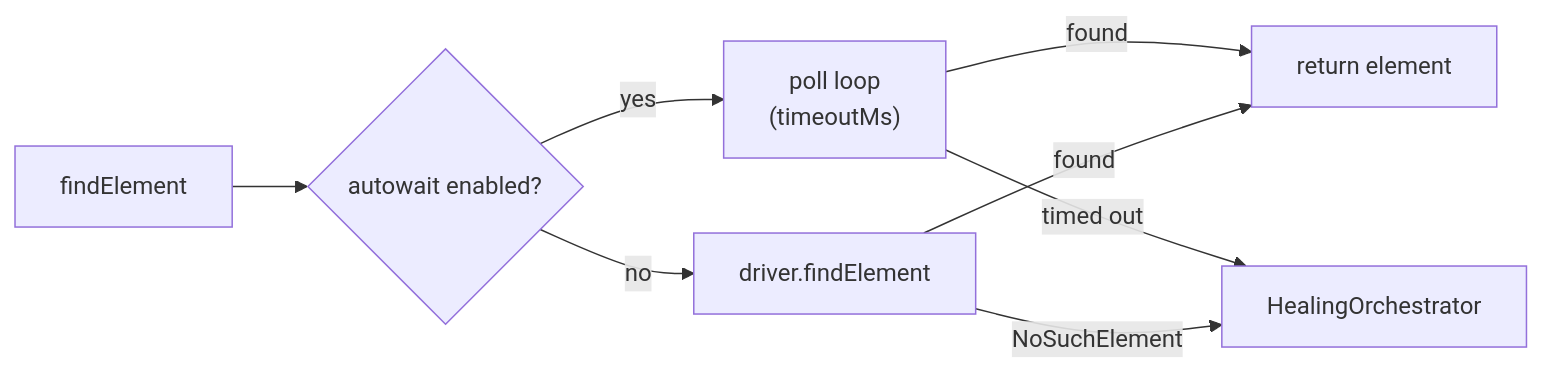
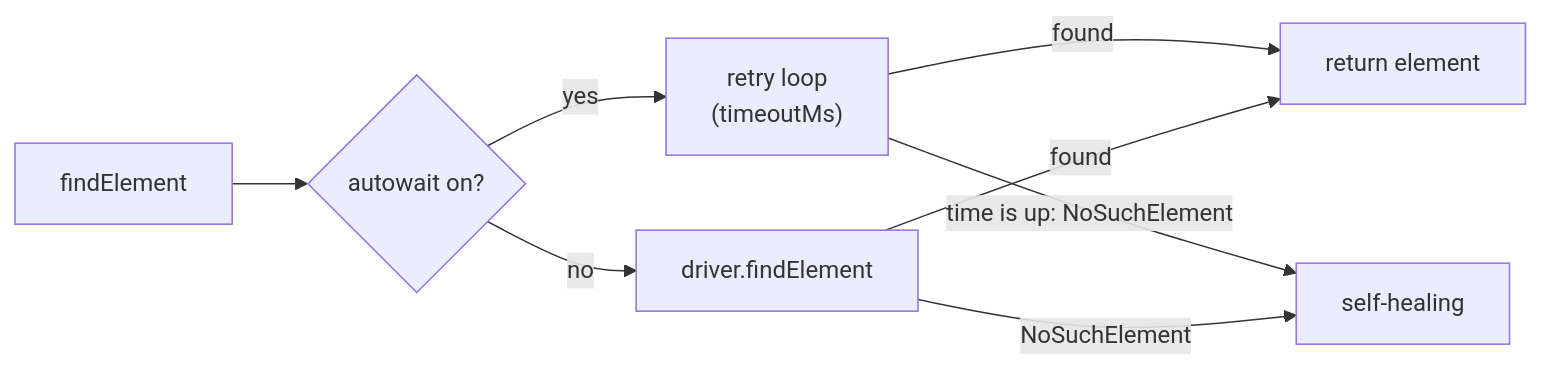
Before and after one commit to Rabindra184/xenon: the diagram in website/docs/autowait.md, drawn with Mermaid. The commit also changed other lines of this file and 9 other files, not shown here.

````diff
--- a/website/docs/autowait.md
+++ b/website/docs/autowait.md
@@ -49,10 +36,10 @@
 ```mermaid
 graph LR
-    A["findElement"] --> B{"autowait enabled?"}
+    A["findElement"] --> B{"autowait on?"}
     B -->|no| D["driver.findElement"]
-    B -->|yes| C["poll loop<br/>(timeoutMs)"]
+    B -->|yes| C["retry loop<br/>(timeoutMs)"]
     C -->|found| R["return element"]
-    C -->|timed out| H["HealingOrchestrator"]
+    C -->|time is up: NoSuchElement| H["self-healing"]
     D -->|found| R
     D -->|NoSuchElement| H
 ```
````
